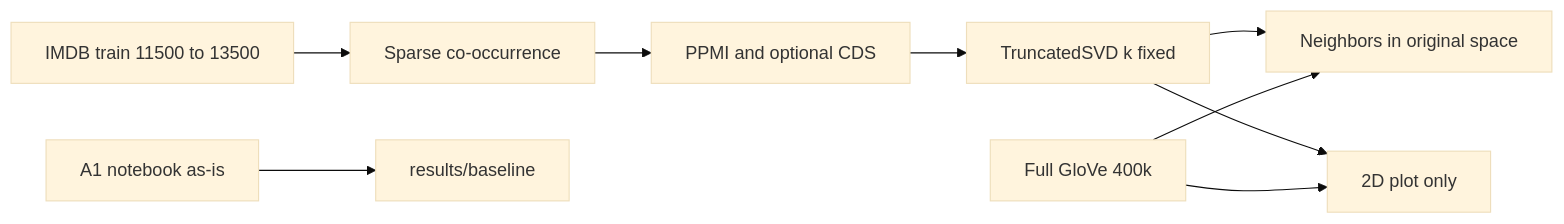
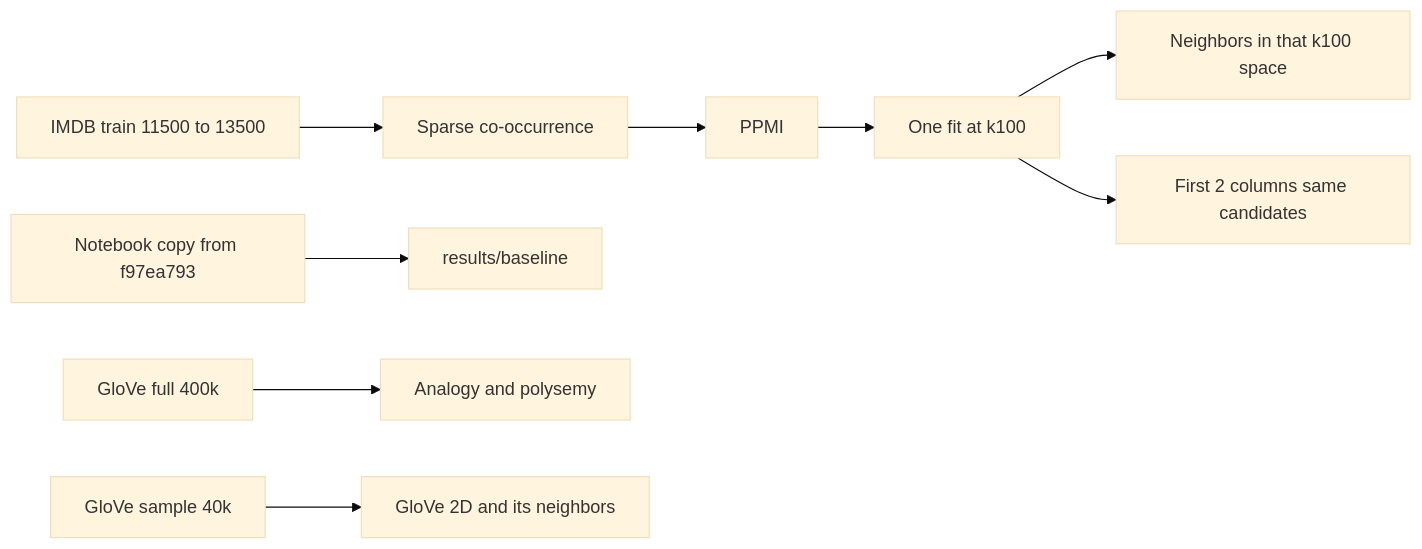
The diagram in assignments/a1/research/a1_embedding_study.plan.md (fengxiaohu/cs224), drawn with Mermaid (base theme) before and after one commit. The commit also changed other lines of this file and 66 other files, not shown here.

````diff
--- a/assignments/a1/research/a1_embedding_study.plan.md
+++ b/assignments/a1/research/a1_embedding_study.plan.md
@@ -85,16 +96,17 @@
 ```mermaid
 flowchart LR
-  baseline[A1 notebook as-is]
+  baseline[Notebook copy from f97ea793]
   corpus[IMDB train 11500 to 13500]
   counts[Sparse co-occurrence]
-  ppmi[PPMI and optional CDS]
-  svd[TruncatedSVD k fixed]
-  eval[Neighbors in original space]
-  viz[2D plot only]
-  glove[Full GloVe 400k]
+  ppmi[PPMI]
+  svd[One fit at k100]
+  eval[Neighbors in that k100 space]
+  viz[First 2 columns same candidates]
+  gloveFull[GloVe full 400k]
+  gloveSample[GloVe sample 40k]
   baseline --> results0[results/baseline]
   corpus --> counts --> ppmi --> svd --> eval
   svd --> viz
-  glove --> eval
-  glove --> viz
+  gloveFull --> analogy[Analogy and polysemy]
+  gloveSample --> gloveViz[GloVe 2D and its neighbors]
 ```
````
